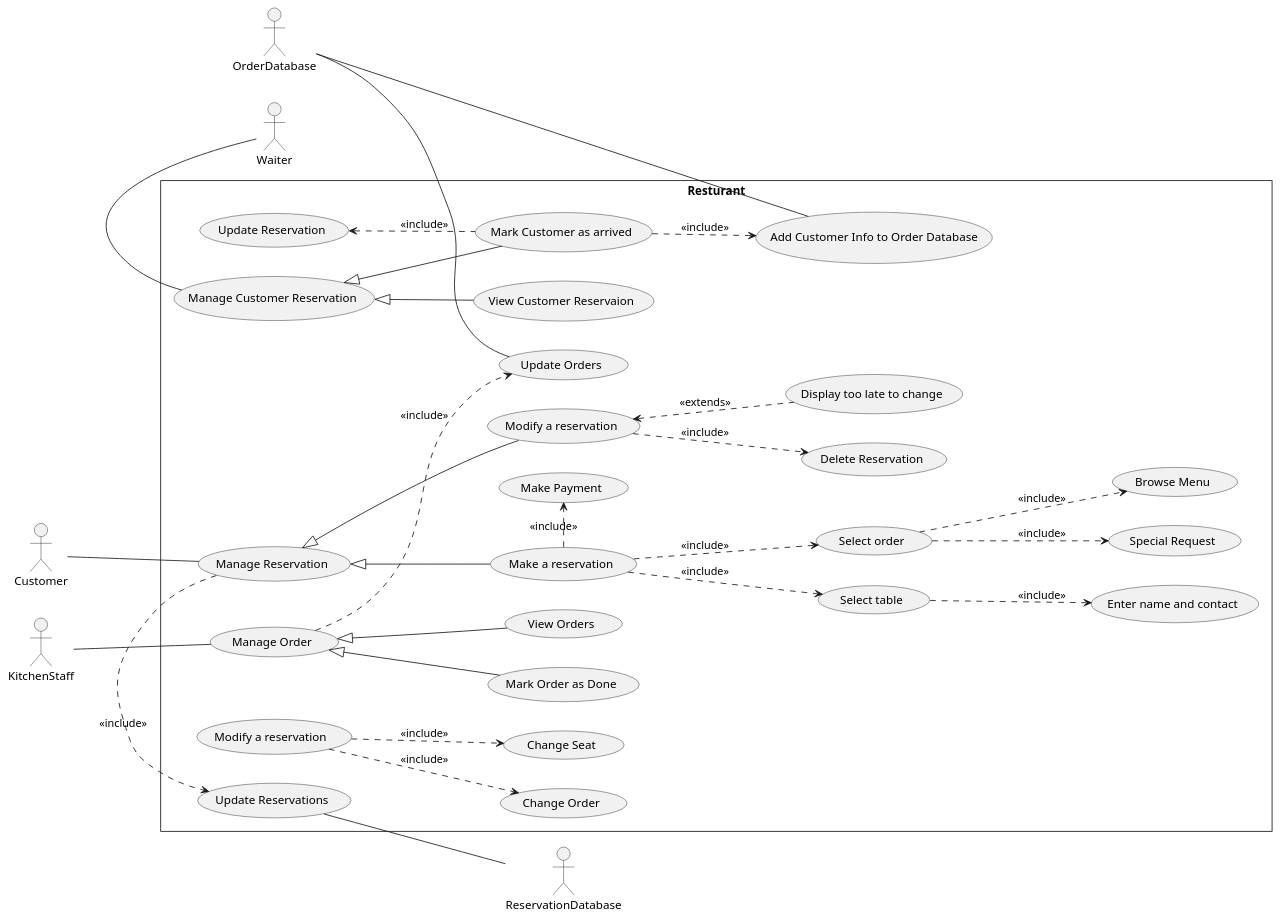
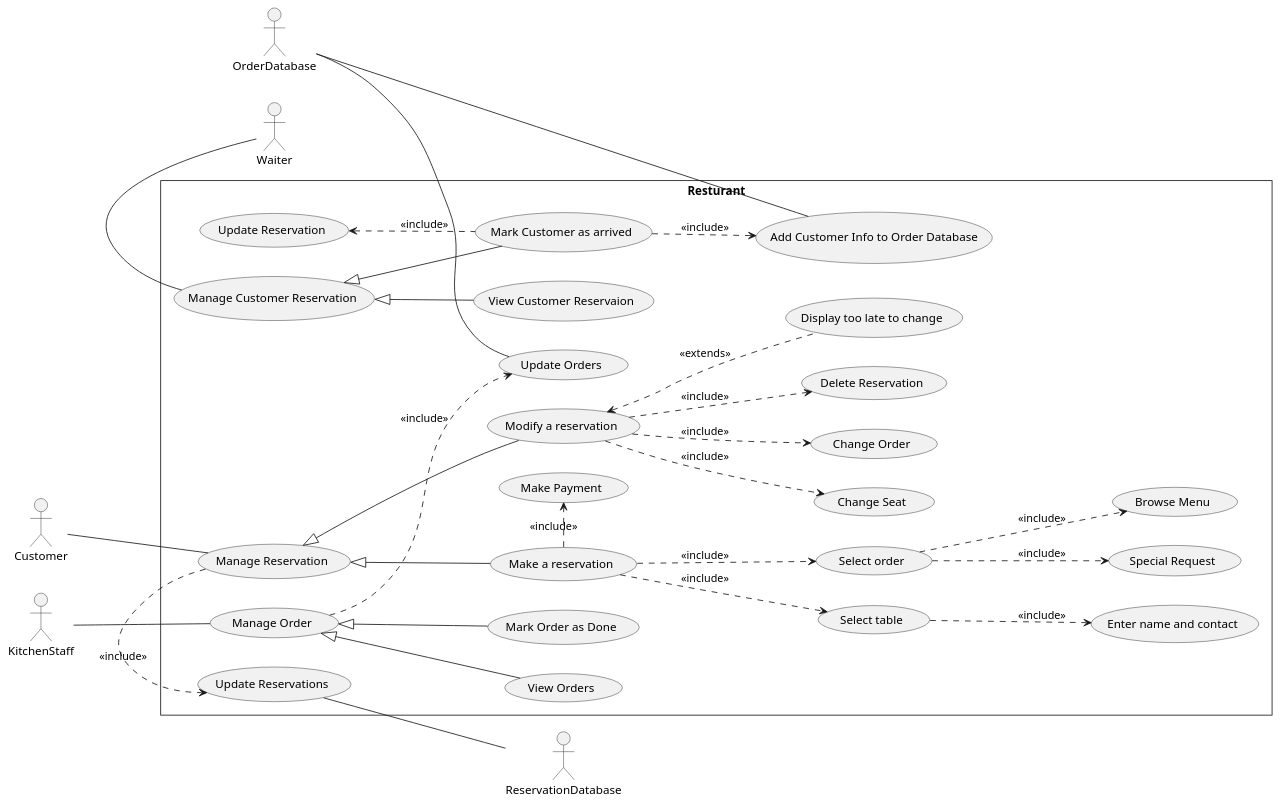
The diagram in usecase.plantuml (dashingzombie/UML), drawn with PlantUML before and after one commit. The commit also changed 7 other files, not shown here.

```diff
--- a/usecase.plantuml
+++ b/usecase.plantuml
@@ -1,52 +1,52 @@
 @startuml usecase
 
 Skinparam Style strictuml
 left to right direction
 Skinparam PackageStyle rectangle
 
 actor Customer
 
 actor KitchenStaff
 
 actor OrderDatabase
 
 actor Waiter
 
 actor ReservationDatabase
 
 rectangle Resturant{
    Customer -- (Manage Reservation)
    KitchenStaff -- (Manage Order)
    OrderDatabase -- (Update Orders)
    (Manage Reservation) <|-down- (Make a reservation)
    (Manage Reservation) <|-down- (Modify a reservation)
    (Manage Reservation) .> (Update Reservations) : <<include>>
    (Update Reservations) -- ReservationDatabase
-   (Modify a reservation ) .down.> (Change Seat) : <<include>>
-   (Modify a reservation ) .down.> (Change Order) : <<include>>
+   (Modify a reservation) .down.> (Change Seat) : <<include>>
+   (Modify a reservation) .down.> (Change Order) : <<include>>
    (Modify a reservation) .down.> (Delete Reservation) : <<include>>
    (Modify a reservation) <.. (Display too late to change) : <<extends>>
    (Make a reservation) .down.> (Select table) : <<include>>
    (Select table) .down.> (Enter name and contact) : <<include>>
    (Make a reservation) .down.> (Select order) : <<include>>
    (Select order) .down.> (Browse Menu): <<include>>
    (Select order) .down.> (Special Request): <<include>>
    (Manage Order) <|-- (Mark Order as Done)
    (Manage Order) <|-- (View Orders)
    (Manage Order) .down.> (Update Orders): <<include>>
    (Make a reservation) .> (Make Payment) : <<include>>
    Waiter -left- (Manage Customer Reservation)
    (Manage Customer Reservation) <|-down- (View Customer Reservaion)
    (Manage Customer Reservation) <|-down- (Mark Customer as arrived)
    (Mark Customer as arrived) .down.> (Add Customer Info to Order Database) : <<include>>
    OrderDatabase -- (Add Customer Info to Order Database)
    (Mark Customer as arrived) .up.> (Update Reservation) : <<include>>
 
 }
 
 
 
 
 
 
 @enduml
```
